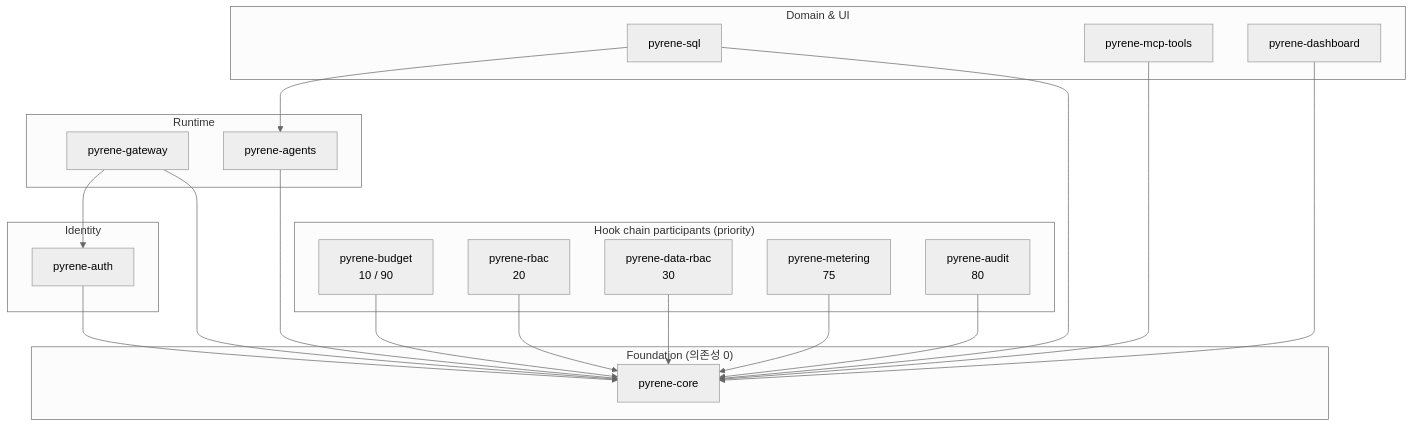
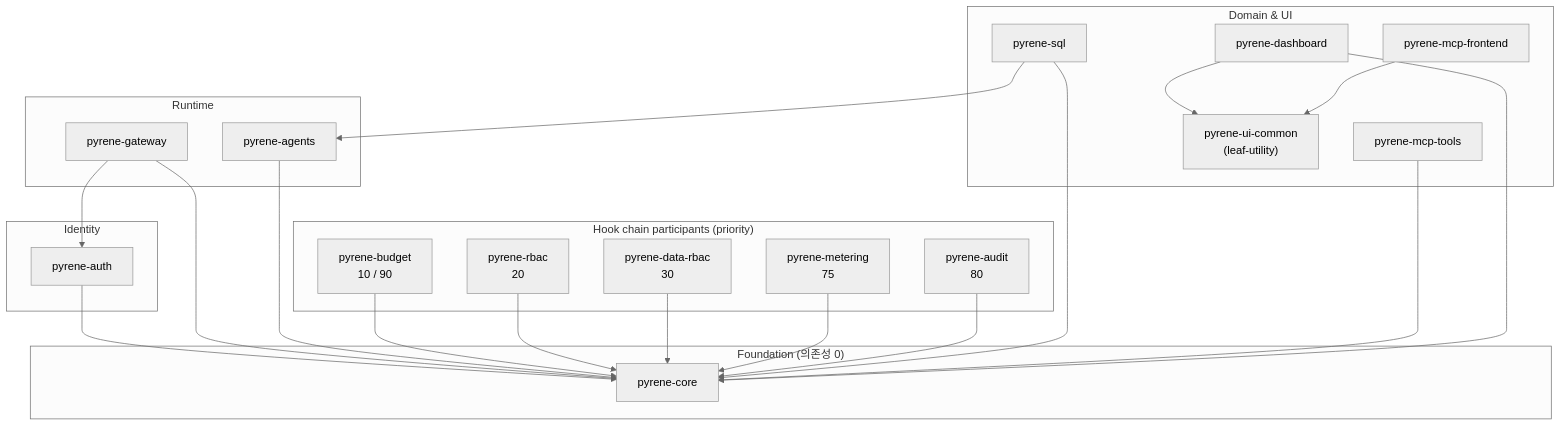
The first of 2 diagrams in README.md (hjp7461/pyrene), drawn with Mermaid (neutral theme) before and after one commit. The commit also changed other lines of this file, not shown here.

Commit message:
docs(PRD-062): README Phase 3 베이스라인 sync — coverage 78% · F-rule 17→23건 · Mermaid +2패키지 (#52)

````diff
--- a/README.md
+++ b/README.md
@@ -77,39 +77,43 @@
 ```mermaid
 graph TB
     subgraph L1["Foundation (의존성 0)"]
         core["pyrene-core"]
     end
     subgraph L2["Identity"]
         auth["pyrene-auth"]
     end
     subgraph L3["Runtime"]
         gateway["pyrene-gateway"]
         agents["pyrene-agents"]
     end
     subgraph L4["Hook chain participants (priority)"]
         budget["pyrene-budget<br/>10 / 90"]
         rbac["pyrene-rbac<br/>20"]
         drbac["pyrene-data-rbac<br/>30"]
         meter["pyrene-metering<br/>75"]
         audit["pyrene-audit<br/>80"]
     end
     subgraph L5["Domain & UI"]
         sql["pyrene-sql"]
         mcp["pyrene-mcp-tools"]
         dash["pyrene-dashboard"]
+        mcpf["pyrene-mcp-frontend"]
+        uicommon["pyrene-ui-common<br/>(leaf-utility)"]
     end
 
     auth --> core
     gateway --> auth
     gateway --> core
     agents --> core
     budget --> core
     rbac --> core
     drbac --> core
     meter --> core
     audit --> core
     sql --> agents
     sql --> core
     mcp --> core
     dash --> core
+    dash --> uicommon
+    mcpf --> uicommon
 ```
````
